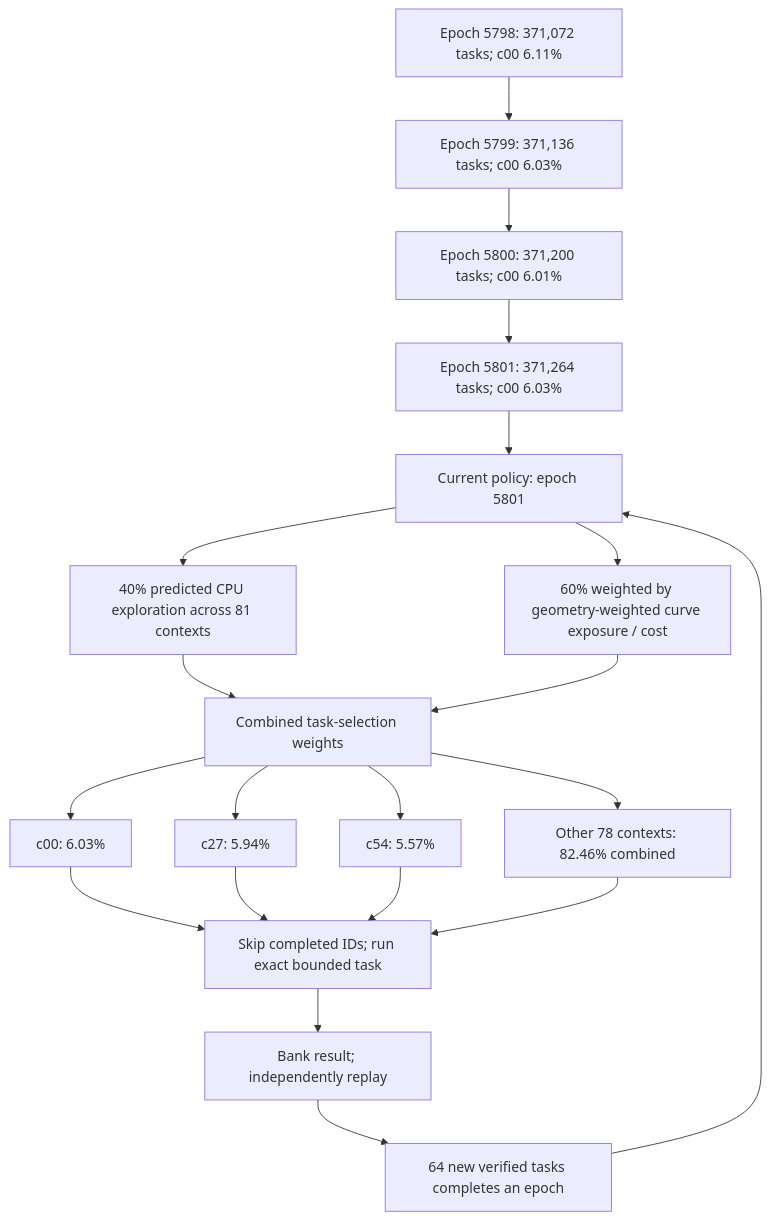
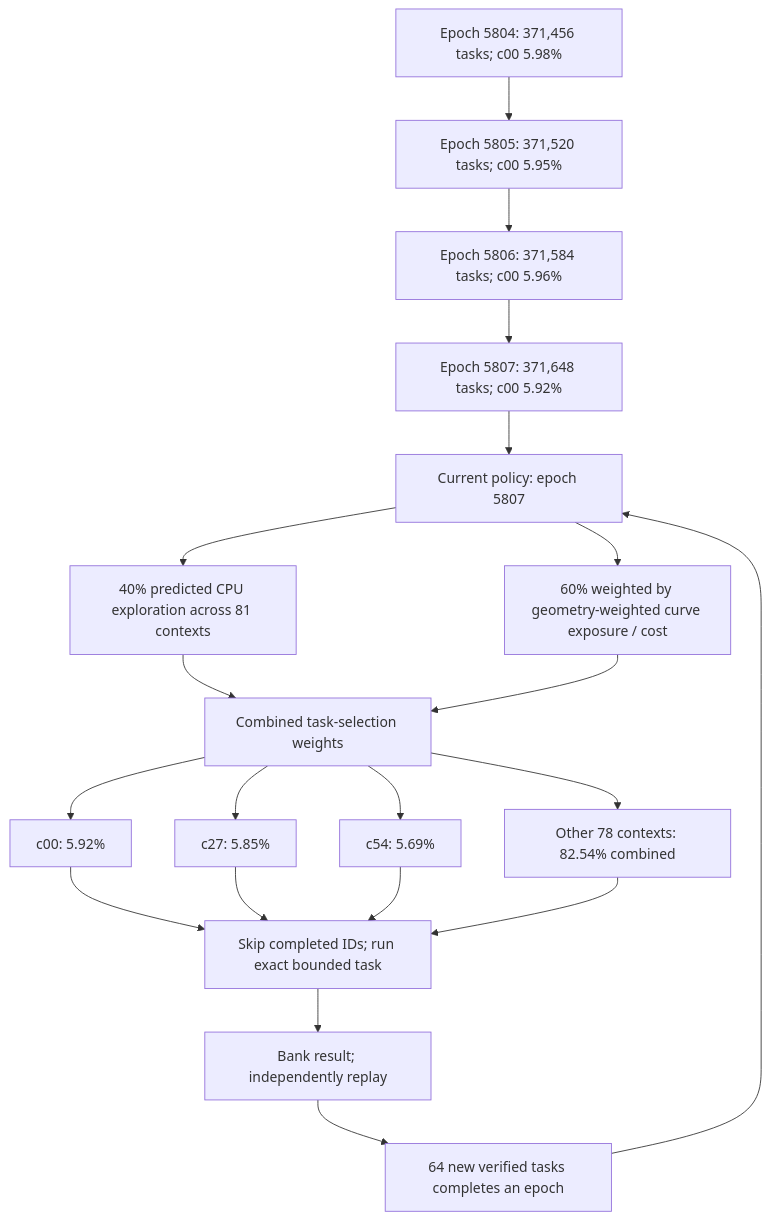
The first of 3 diagrams in README.md (Kuberwastaken/math-gambling), drawn with Mermaid before and after one commit. The commit also changed other lines of this file and 2528 other files, not shown here.

````diff
--- a/README.md
+++ b/README.md
@@ -60,27 +60,27 @@
 ```mermaid
 flowchart TD
-    H0["Epoch 5798: 371,072 tasks; c00 6.11%"]
-    H1["Epoch 5799: 371,136 tasks; c00 6.03%"]
+    H0["Epoch 5804: 371,456 tasks; c00 5.98%"]
+    H1["Epoch 5805: 371,520 tasks; c00 5.95%"]
     H0 --> H1
-    H2["Epoch 5800: 371,200 tasks; c00 6.01%"]
+    H2["Epoch 5806: 371,584 tasks; c00 5.96%"]
     H1 --> H2
-    H3["Epoch 5801: 371,264 tasks; c00 6.03%"]
+    H3["Epoch 5807: 371,648 tasks; c00 5.92%"]
     H2 --> H3
-    Policy["Current policy: epoch 5801"]
+    Policy["Current policy: epoch 5807"]
     H3 --> Policy
     Policy --> Explore["40% predicted CPU exploration across 81 contexts"]
     Policy --> Cost["60% weighted by geometry-weighted curve exposure / cost"]
     Explore --> Mix["Combined task-selection weights"]
     Cost --> Mix
-    Mix --> C0["c00: 6.03%"]
-    Mix --> C1["c27: 5.94%"]
-    Mix --> C2["c54: 5.57%"]
-    Mix --> Rest["Other 78 contexts: 82.46% combined"]
+    Mix --> C0["c00: 5.92%"]
+    Mix --> C1["c27: 5.85%"]
+    Mix --> C2["c54: 5.69%"]
+    Mix --> Rest["Other 78 contexts: 82.54% combined"]
     C0 --> Check["Skip completed IDs; run exact bounded task"]
     C1 --> Check
     C2 --> Check
     Rest --> Check
     Check --> Replay["Bank result; independently replay"]
     Replay --> Gate["64 new verified tasks completes an epoch"]
     Gate --> Policy
 ```
````
